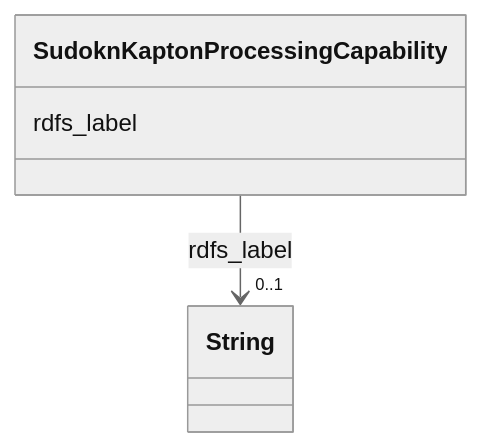
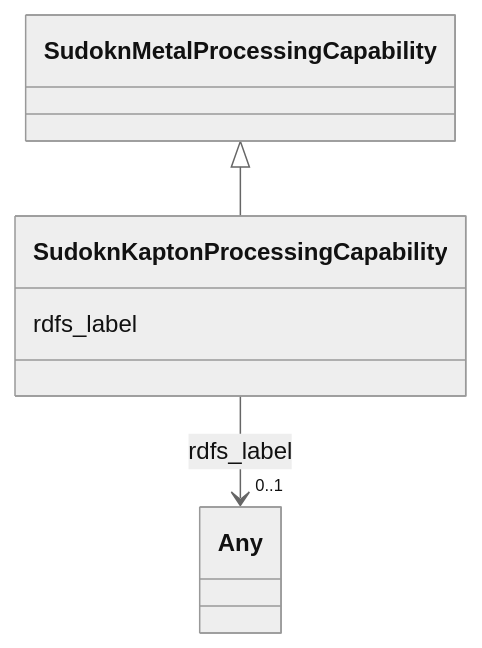
The diagram in sudokn-kg/classes/SudoknKaptonProcessingCapability.md (frink-okn/graph-descriptions), drawn with Mermaid (neutral theme) before and after one commit. The commit also changed other lines of this file and 903 other files, not shown here.

````diff
--- a/sudokn-kg/classes/SudoknKaptonProcessingCapability.md
+++ b/sudokn-kg/classes/SudoknKaptonProcessingCapability.md
@@ -23,15 +18,18 @@
 ```mermaid
  classDiagram
     class SudoknKaptonProcessingCapability
     click SudoknKaptonProcessingCapability href "../SudoknKaptonProcessingCapability"
+      SudoknMetalProcessingCapability <|-- SudoknKaptonProcessingCapability
+        click SudoknMetalProcessingCapability href "../SudoknMetalProcessingCapability"
+      
       SudoknKaptonProcessingCapability : rdfs_label
         
           
     
     
-    SudoknKaptonProcessingCapability --> "0..1" String : rdfs_label
-    click String href "../String"
+    SudoknKaptonProcessingCapability --> "0..1" Any : rdfs_label
+    click Any href "../Any"
 
         
       
 ```
````
